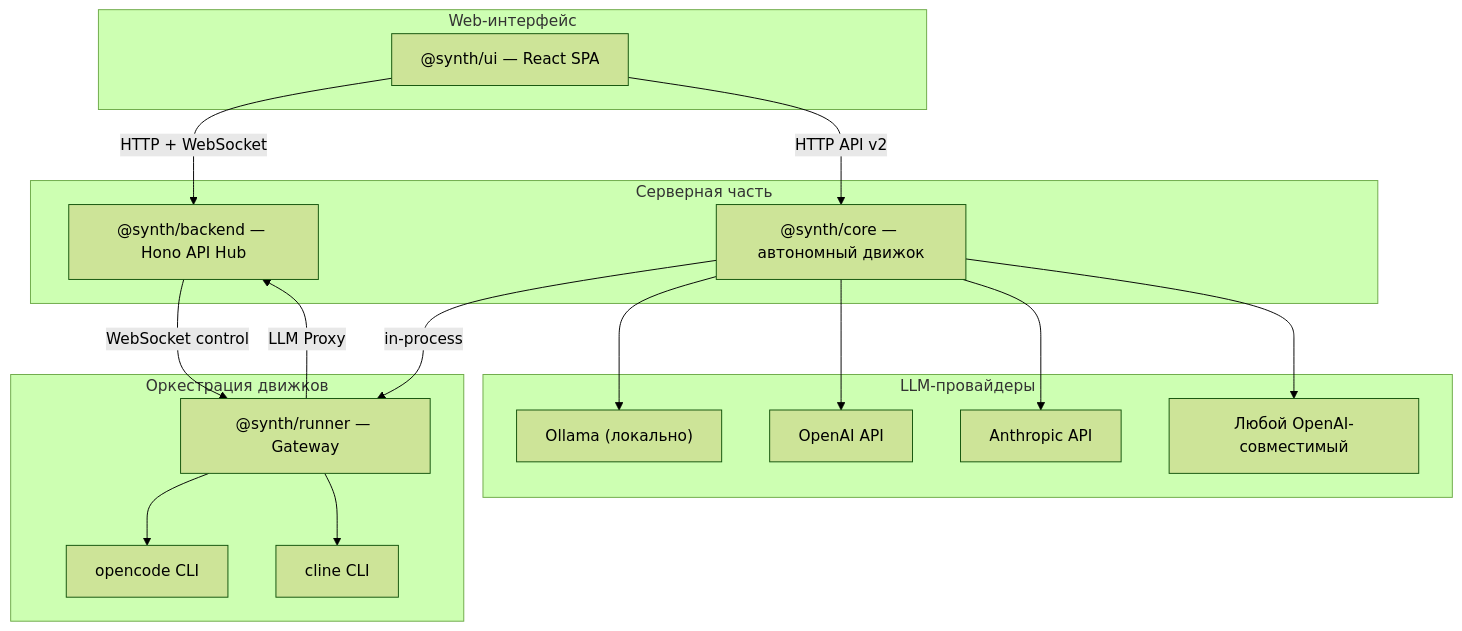
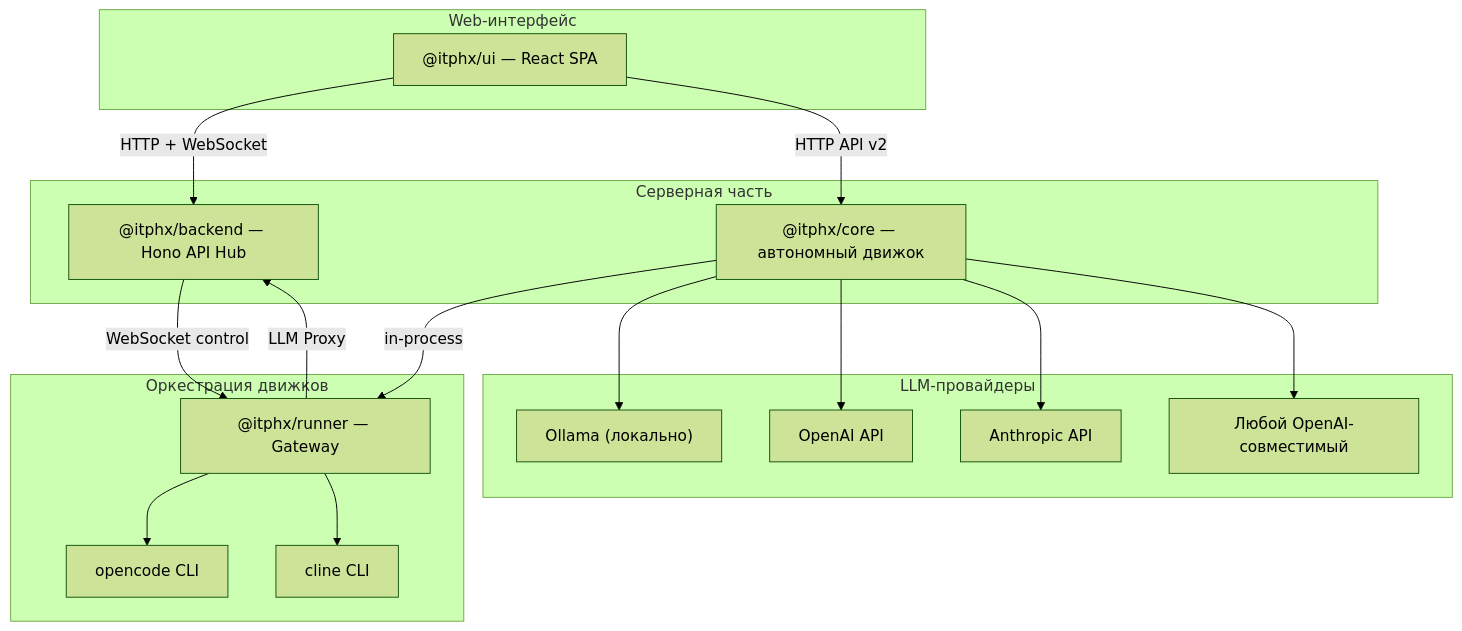
One commit to itphx/synth changed the diagram in docs/ARCHITECTURE.md. Above: the diagram before and after it, drawn with Mermaid (forest theme). The commit also changed other lines of this file and 163 other files, not shown here.

First line of the commit message:
refactor(packages): переименование scope @synth/* → @itphx/* (единая org itphx)

````diff
--- a/docs/ARCHITECTURE.md
+++ b/docs/ARCHITECTURE.md
@@ -17,39 +17,39 @@
 ```mermaid
 flowchart TB
     subgraph UI["Web-интерфейс"]
-        synth_ui["@synth/ui — React SPA"]
+        synth_ui["@itphx/ui — React SPA"]
     end
 
     subgraph Server["Серверная часть"]
-        synth_backend["@synth/backend — Hono API Hub"]
-        synth_core["@synth/core — автономный движок"]
+        synth_backend["@itphx/backend — Hono API Hub"]
+        synth_core["@itphx/core — автономный движок"]
     end
 
     subgraph Runner["Оркестрация движков"]
-        synth_runner["@synth/runner — Gateway"]
+        synth_runner["@itphx/runner — Gateway"]
         opencode["opencode CLI"]
         cline["cline CLI"]
     end
 
     subgraph LLM["LLM-провайдеры"]
         ollama["Ollama (локально)"]
         openai["OpenAI API"]
         anthropic["Anthropic API"]
         providers["Любой OpenAI-совместимый"]
     end
 
     synth_ui -->|HTTP + WebSocket| synth_backend
     synth_ui -->|HTTP API v2| synth_core
 
     synth_backend -->|WebSocket control| synth_runner
     synth_core -->|in-process| synth_runner
 
     synth_runner --> opencode
     synth_runner --> cline
     synth_runner -->|LLM Proxy| synth_backend
 
     synth_core --> ollama
     synth_core --> openai
     synth_core --> anthropic
     synth_core --> providers
 ```
````
